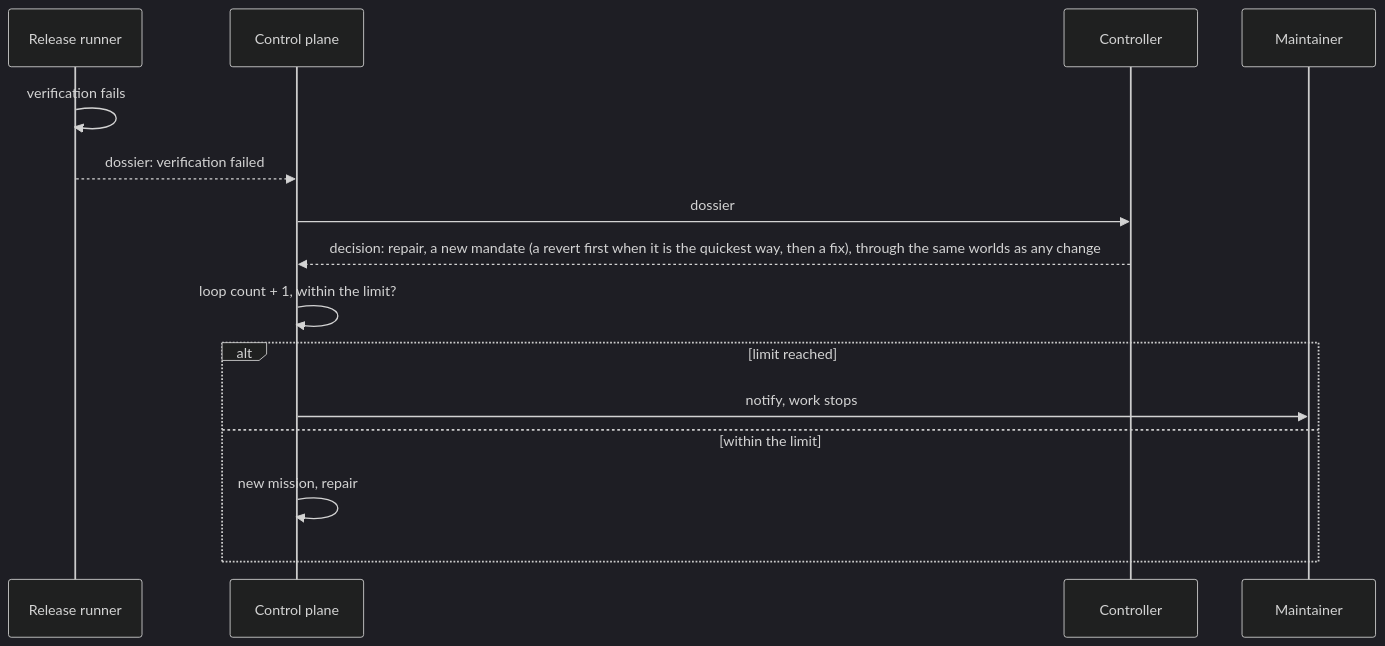
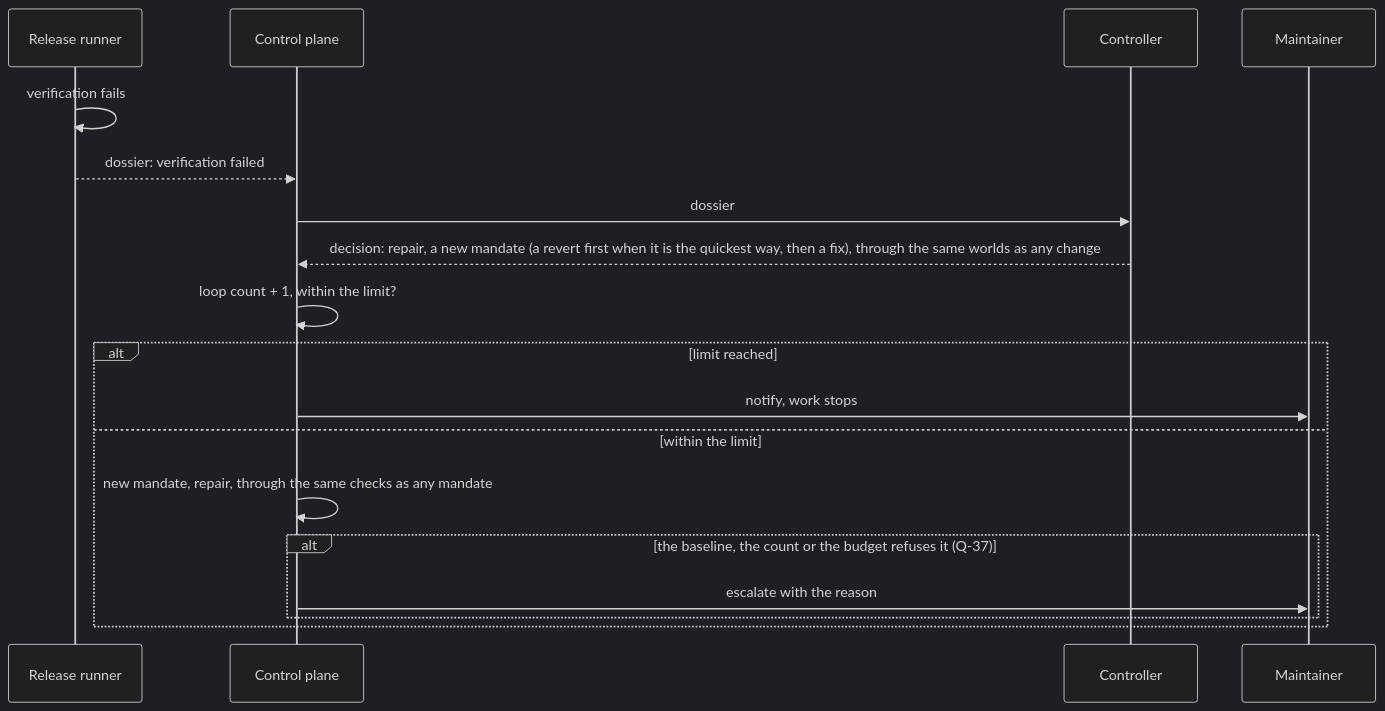
Diagram 12 of 12 in docs/ARCHITECTURE.md (MafLabs38/orchestrarr), drawn with Mermaid (dark theme) before and after one commit. The commit also changed 8 other files, not shown here.

Commit message:
docs: the older texts that still count a rollback, Q-37 where the rules refuse a repair, the register of the round

````diff
--- a/docs/ARCHITECTURE.md
+++ b/docs/ARCHITECTURE.md
@@ -426,17 +426,20 @@
 ```mermaid
 sequenceDiagram
     participant R as Release runner
     participant CP as Control plane
     participant C as Controller
     participant M as Maintainer
     R->>R: verification fails
     R-->>CP: dossier: verification failed
     CP->>C: dossier
     C-->>CP: decision: repair, a new mandate (a revert first when it is the quickest way, then a fix), through the same worlds as any change
     CP->>CP: loop count + 1, within the limit?
     alt limit reached
         CP->>M: notify, work stops
     else within the limit
-        CP->>CP: new mission, repair
+        CP->>CP: new mandate, repair, through the same checks as any mandate
+        alt the baseline, the count or the budget refuses it (Q-37)
+            CP->>M: escalate with the reason
+        end
     end
 ```
````
